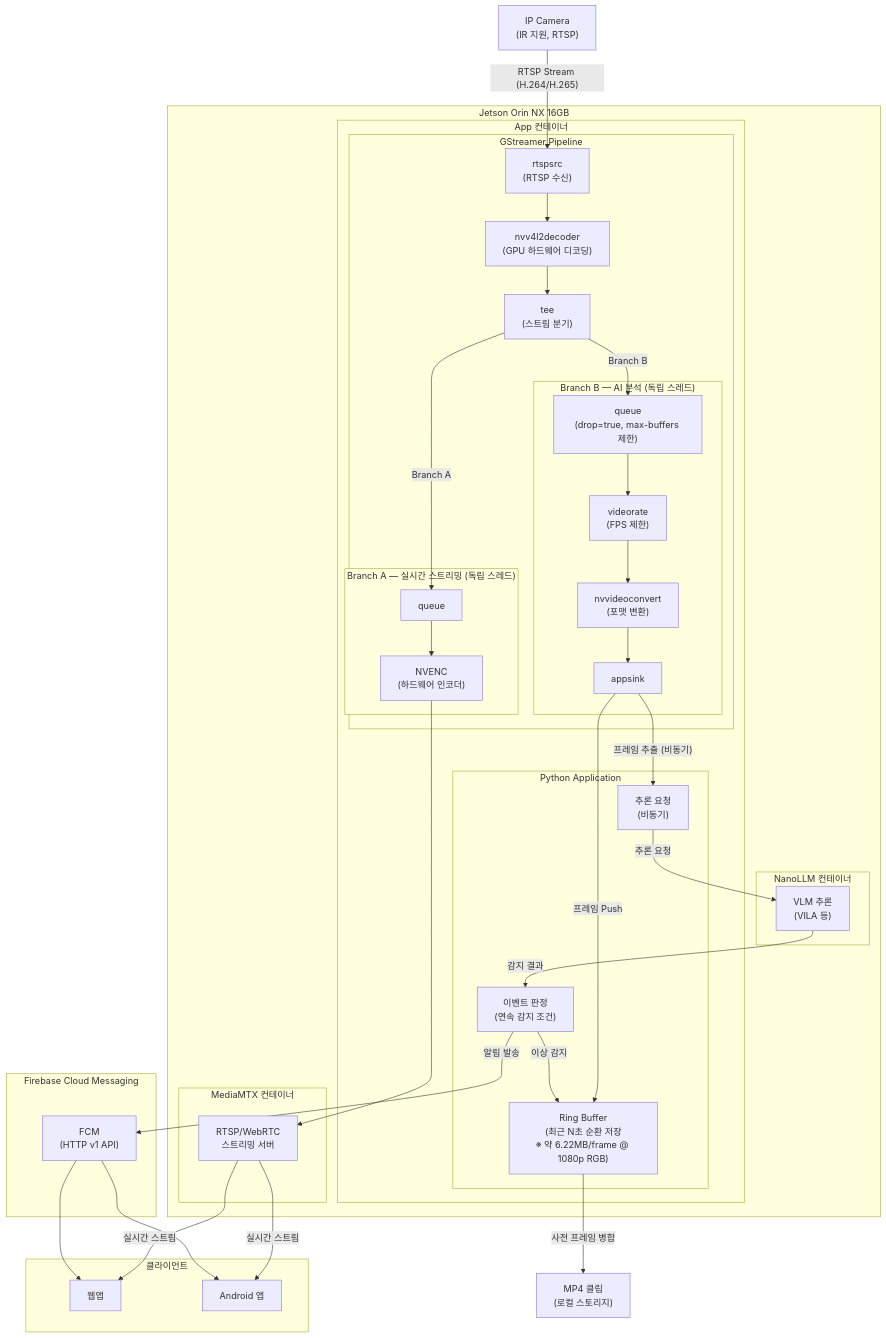
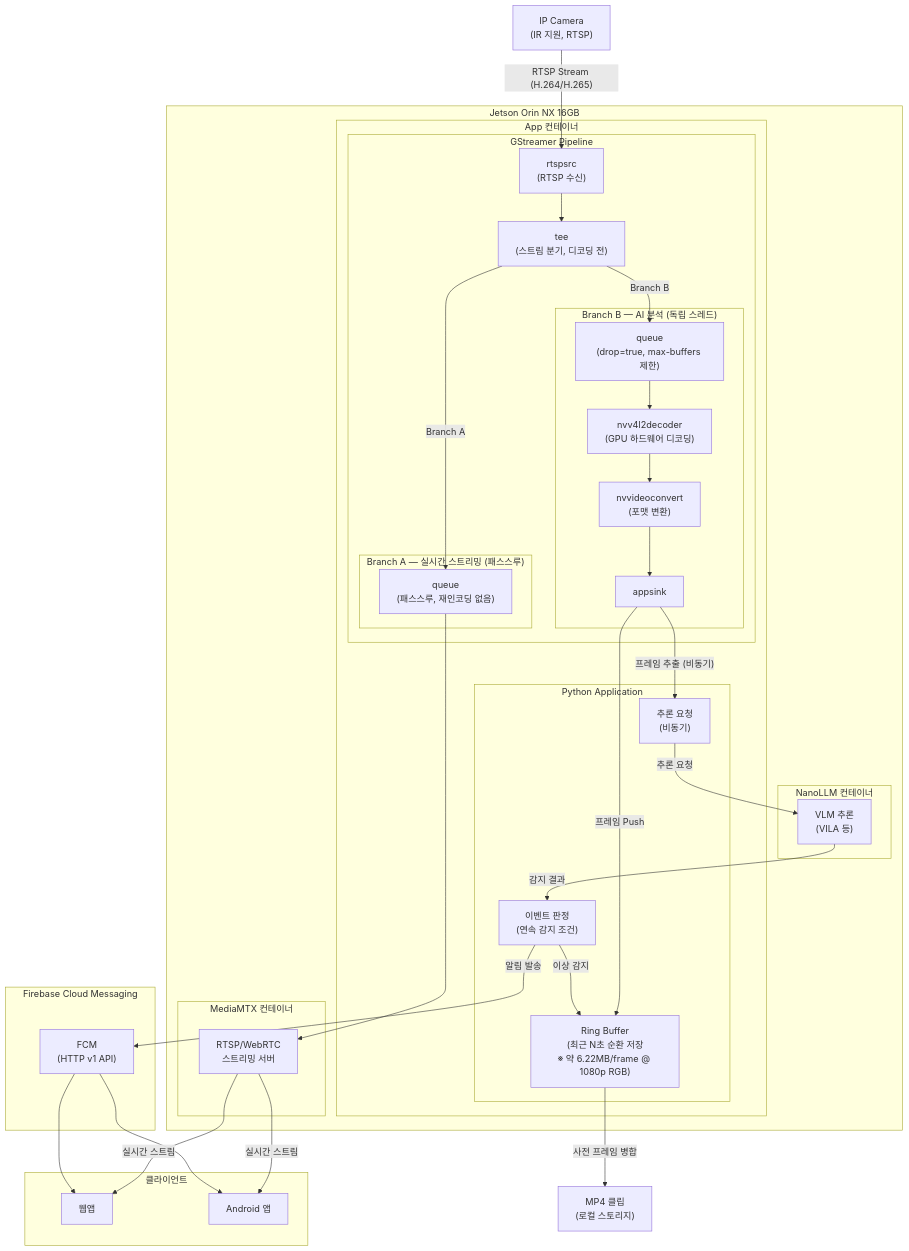
Before and after one commit to skim2048/babycat: the diagram in README.md, drawn with Mermaid. The commit also changed other lines of this file and 1 other file, not shown here.

````diff
--- a/README.md
+++ b/README.md
@@ -83,75 +86,73 @@
 ``` mermaid
 flowchart TD
     CAM["IP Camera\n(IR 지원, RTSP)"]
 
     subgraph JETSON["Jetson Orin NX 16GB"]
 
         subgraph APP["App 컨테이너"]
             subgraph GST["GStreamer Pipeline"]
                 SRC["rtspsrc\n(RTSP 수신)"]
-                DEC["nvv4l2decoder\n(GPU 하드웨어 디코딩)"]
-                TEE["tee\n(스트림 분기)"]
+                TEE["tee\n(스트림 분기, 디코딩 전)"]
 
-                subgraph BRANCH_A["Branch A — 실시간 스트리밍 (독립 스레드)"]
-                    QA["queue"]
-                    ENC["NVENC\n(하드웨어 인코더)"]
+                subgraph BRANCH_A["Branch A — 실시간 스트리밍 (패스스루)"]
+                    QA["queue\n(패스스루, 재인코딩 없음)"]
                 end
 
                 subgraph BRANCH_B["Branch B — AI 분석 (독립 스레드)"]
                     QB["queue\n(drop=true, max-buffers 제한)"]
-                    VRATE["videorate\n(FPS 제한)"]
+                    DEC["nvv4l2decoder\n(GPU 하드웨어 디코딩)"]
                     CONV["nvvideoconvert\n(포맷 변환)"]
                     SINK["appsink"]
                 end
             end
 
             subgraph PYAPP["Python Application"]
                 RING["Ring Buffer\n(최근 N초 순환 저장\n※ 약 6.22MB/frame @ 1080p RGB)"]
                 INFER["추론 요청\n(비동기)"]
                 JUDGE["이벤트 판정\n(연속 감지 조건)"]
             end
         end
 
         subgraph NANOLLM["NanoLLM 컨테이너"]
             VLM["VLM 추론\n(VILA 등)"]
         end
 
         subgraph MEDIAMTX["MediaMTX 컨테이너"]
             MTX["RTSP/WebRTC\n스트리밍 서버"]
         end
     end
 
     subgraph FCM_CLOUD["Firebase Cloud Messaging"]
         FCM["FCM\n(HTTP v1 API)"]
     end
 
     subgraph CLIENT["클라이언트"]
         WEB["웹앱"]
         APP_MOB["Android 앱"]
     end
 
     STORAGE["MP4 클립\n(로컬 스토리지)"]
 
     %% 메인 흐름
     CAM -->|"RTSP Stream (H.264/H.265)"| SRC
-    SRC --> DEC --> TEE
+    SRC --> TEE
 
-    %% Branch A
-    TEE -->|Branch A| QA --> ENC --> MTX
+    %% Branch A (패스스루: 디코딩 전 분기, 재인코딩 없음)
+    TEE -->|Branch A| QA --> MTX
     MTX -->|"실시간 스트림"| WEB
     MTX -->|"실시간 스트림"| APP_MOB
 
-    %% Branch B
-    TEE -->|Branch B| QB --> VRATE --> CONV --> SINK
+    %% Branch B (디코딩 후 AI 분석)
+    TEE -->|Branch B| QB --> DEC --> CONV --> SINK
     SINK -->|"프레임 Push"| RING
     SINK -->|"프레임 추출 (비동기)"| INFER
     INFER -->|"추론 요청"| VLM
     VLM -->|"감지 결과"| JUDGE
 
     %% 이벤트 처리
     JUDGE -->|"이상 감지"| RING
     RING -->|"사전 프레임 병합"| STORAGE
     JUDGE -->|"알림 발송"| FCM
     FCM --> WEB
     FCM --> APP_MOB
 ```
````
